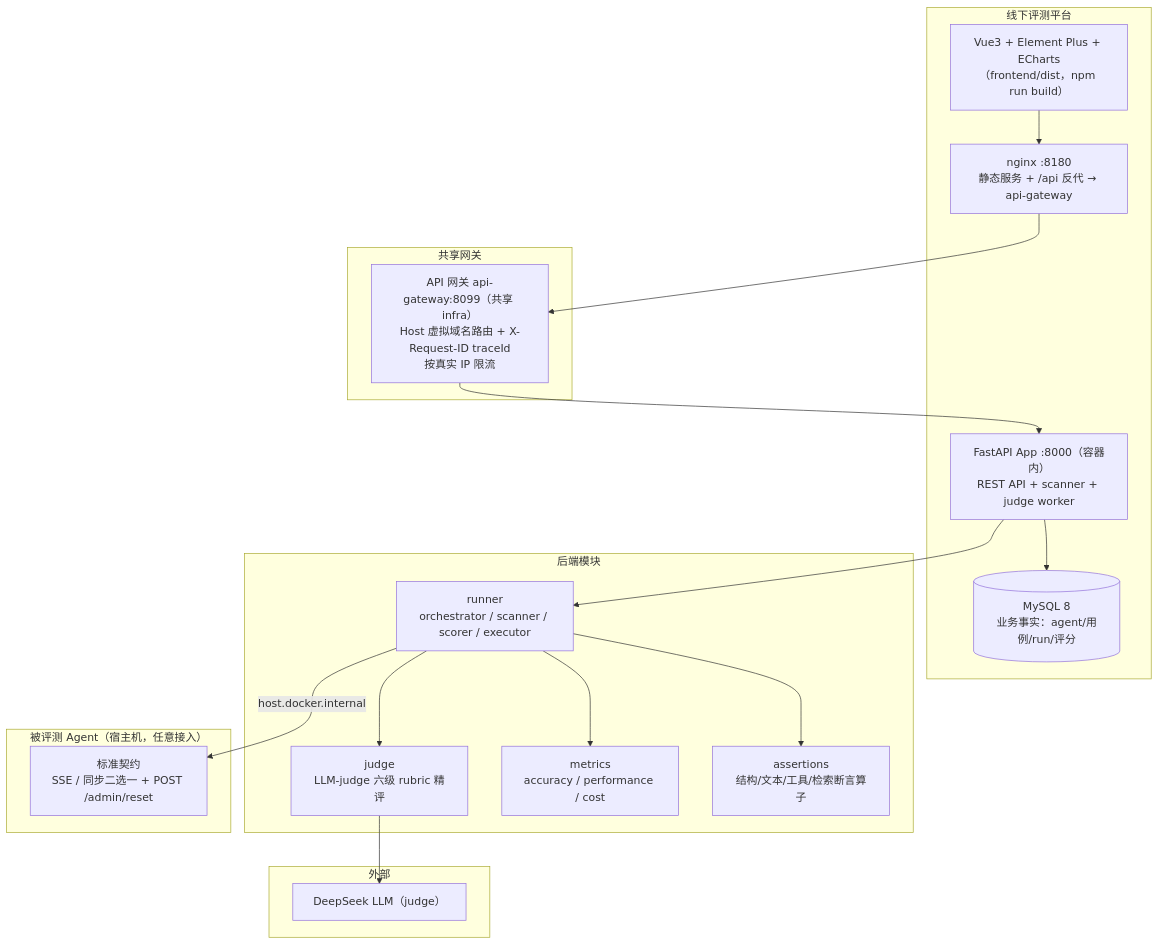
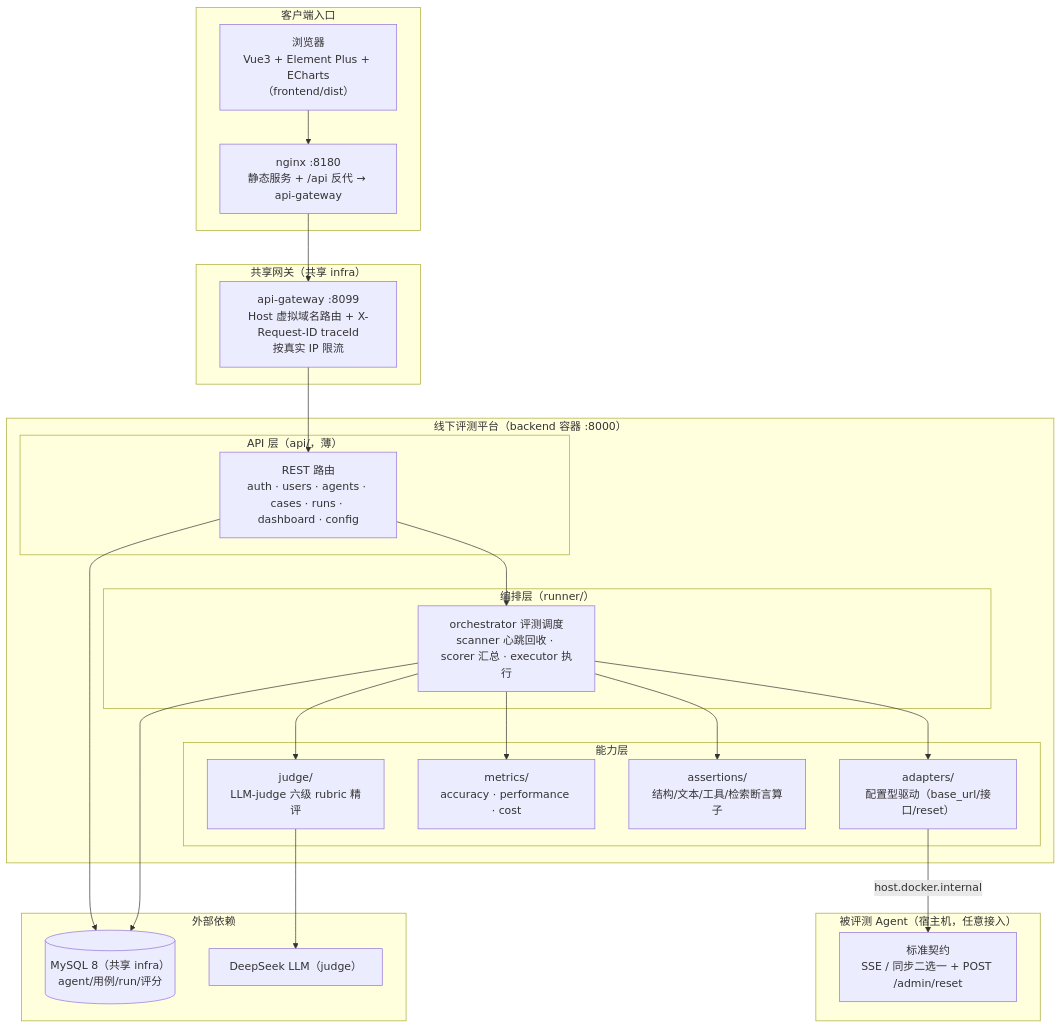
Before and after one commit to zhanggy1984/agent-evaluation-offline: the diagram in README.md, drawn with Mermaid. The commit also changed other lines of this file, not shown here.

Commit message:
docs(README): 修正系统架构图——后端模块归位 + 体现分层与模块编排
- 原图问题：runner/judge/metrics/assertions 被画成独立子图脱离平台本体；MySQL 画进平台容器内部（实际走共享 infra）；未体现各层关系与模块化关系
- 新图参考 good-question 嵌套分层画法：
  - 最大子图 = 线下评测平台（backend 容器），内嵌 API 层（薄）/ 编排层 runner / 能力层（judge · metrics · assertions · adapters）三个层次子图
  - 外部依赖单独成区：MySQL（共享 infra）+ DeepSeek judge LLM
  - 单向箭头体现请求链路（浏览器→nginx→网关→API→runner→能力层）与模块编排（runner 唯一编排者，能力模块只被其调用；被评 agent 经 adapter 访问）
- 图下补充「图读法」说明，点明 API→编排→能力单向依赖与 runner 唯一编排者

````diff
--- a/README.md
+++ b/README.md
@@ -68,35 +68,44 @@
 ```mermaid
 graph TB
-    subgraph PLATFORM["线下评测平台"]
-        WEB["Vue3 + Element Plus + ECharts<br/>（frontend/dist，npm run build）"]
+    subgraph CLIENT["客户端入口"]
+        WEB["浏览器<br/>Vue3 + Element Plus + ECharts<br/>（frontend/dist）"]
         NGINX["nginx :8180<br/>静态服务 + /api 反代 → api-gateway"]
-        API["FastAPI App :8000（容器内）<br/>REST API + scanner + judge worker"]
-        MYSQL[(MySQL 8<br/>业务事实：agent/用例/run/评分)]
     end
-    subgraph 共享网关
-        GATEWAY["API 网关 api-gateway:8099（共享 infra）<br/>Host 虚拟域名路由 + X-Request-ID traceId<br/>按真实 IP 限流"]
+    subgraph GW["共享网关（共享 infra）"]
+        GATEWAY["api-gateway :8099<br/>Host 虚拟域名路由 + X-Request-ID traceId<br/>按真实 IP 限流"]
     end
-    subgraph MODULE["后端模块"]
-        RUN["runner<br/>orchestrator / scanner / scorer / executor"]
-        JUDGE["judge<br/>LLM-judge 六级 rubric 精评"]
-        MET["metrics<br/>accuracy / performance / cost"]
-        ASRT["assertions<br/>结构/文本/工具/检索断言算子"]
+    subgraph PLATFORM["线下评测平台（backend 容器 :8000）"]
+        subgraph L_API["API 层（api/，薄）"]
+            API["REST 路由<br/>auth · users · agents · cases · runs · dashboard · config"]
+        end
+        subgraph L_ORCH["编排层（runner/）"]
+            RUN["orchestrator 评测调度<br/>scanner 心跳回收 · scorer 汇总 · executor 执行"]
+        end
+        subgraph L_CAP["能力层"]
+            JUDGE["judge/<br/>LLM-judge 六级 rubric 精评"]
+            MET["metrics/<br/>accuracy · performance · cost"]
+            ASRT["assertions/<br/>结构/文本/工具/检索断言算子"]
+            ADPT["adapters/<br/>配置型驱动（base_url/接口/reset）"]
+        end
+    end
+    subgraph DEP["外部依赖"]
+        MYSQL[(MySQL 8（共享 infra）<br/>agent/用例/run/评分)]
+        DS["DeepSeek LLM（judge）"]
     end
     subgraph TARGET["被评测 Agent（宿主机，任意接入）"]
         AGENT["标准契约<br/>SSE / 同步二选一 + POST /admin/reset"]
-    end
-    subgraph EXT["外部"]
-        DS["DeepSeek LLM（judge）"]
     end
 
     WEB --> NGINX
     NGINX --> GATEWAY
     GATEWAY --> API
     API --> RUN
     RUN --> JUDGE
     RUN --> MET
     RUN --> ASRT
-    RUN -- host.docker.internal --> AGENT
+    RUN --> ADPT
+    ADPT -- host.docker.internal --> AGENT
     API --> MYSQL
+    RUN --> MYSQL
     JUDGE --> DS
 ```
````
